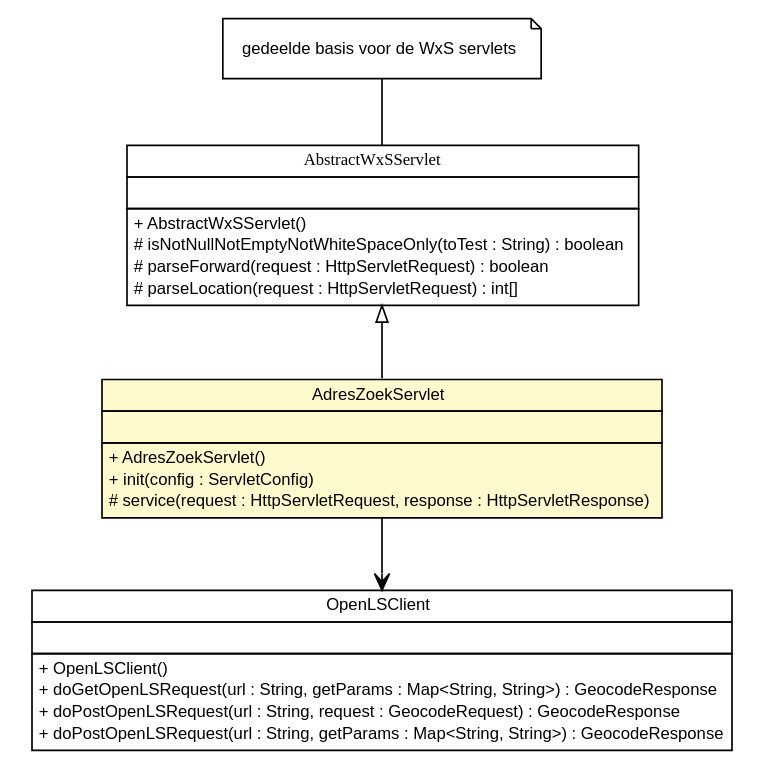
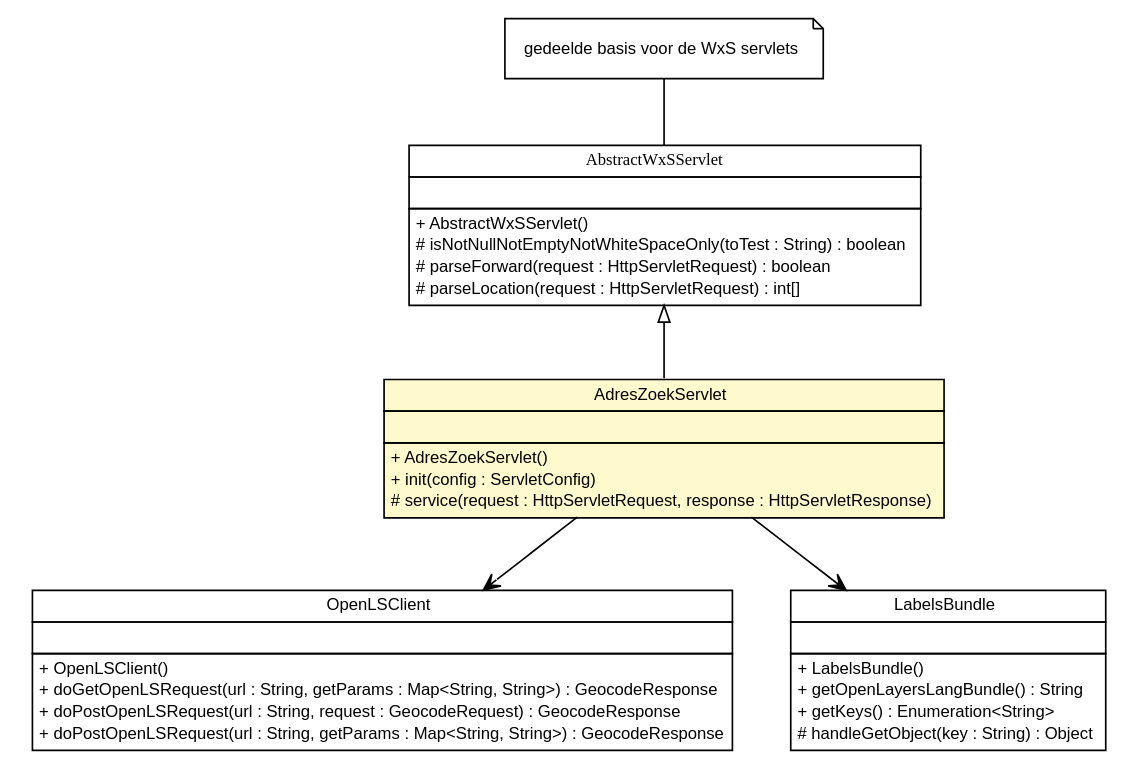
The diagram in apidocs/nl/mineleni/cbsviewer/servlet/gazetteer/AdresZoekServlet.dot (MinELenI/CBSviewer), drawn with Graphviz before and after one commit. The commit also changed 451 other files, not shown here.

```diff
--- a/apidocs/nl/mineleni/cbsviewer/servlet/gazetteer/AdresZoekServlet.dot
+++ b/apidocs/nl/mineleni/cbsviewer/servlet/gazetteer/AdresZoekServlet.dot
@@ -1,67 +1,84 @@
 #!/usr/local/bin/dot
 #
 # Class diagram 
 # Generated by UMLGraph version R5_6 (http://www.umlgraph.org/)
 #
 
 digraph G {
 	edge [fontname="arial",fontsize=10,labelfontname="arial",labelfontsize=10];
 	node [fontname="arial",fontsize=10,shape=plaintext];
 	nodesep=0.25;
 	ranksep=0.5;
 	// nl.mineleni.cbsviewer.servlet.AbstractWxSServlet
 	c777 [label=<<table title="nl.mineleni.cbsviewer.servlet.AbstractWxSServlet" border="0" cellborder="1" cellspacing="0" cellpadding="2" port="p" href="../AbstractWxSServlet.html">
 		<tr><td><table border="0" cellspacing="0" cellpadding="1">
 <tr><td align="center" balign="center"><font face="arial italic"> AbstractWxSServlet </font></td></tr>
 		</table></td></tr>
 		<tr><td><table border="0" cellspacing="0" cellpadding="1">
 <tr><td align="left" balign="left">  </td></tr>
 		</table></td></tr>
 		<tr><td><table border="0" cellspacing="0" cellpadding="1">
 <tr><td align="left" balign="left"> + AbstractWxSServlet() </td></tr>
 <tr><td align="left" balign="left"> # isNotNullNotEmptyNotWhiteSpaceOnly(toTest : String) : boolean </td></tr>
 <tr><td align="left" balign="left"> # parseForward(request : HttpServletRequest) : boolean </td></tr>
 <tr><td align="left" balign="left"> # parseLocation(request : HttpServletRequest) : int[] </td></tr>
 		</table></td></tr>
 		</table>>, URL="../AbstractWxSServlet.html", fontname="arial", fontcolor="black", fontsize=10.0];
 	// Note annotation
 	n0cc777 [label=<<table title="nl.mineleni.cbsviewer.servlet.AbstractWxSServlet" border="0" cellborder="0" cellspacing="0" cellpadding="2" port="p" href="../AbstractWxSServlet.html">
 		<tr><td><table border="0" cellspacing="0" cellpadding="1">
 <tr><td align="left" balign="left"> gedeelde basis voor de WxS servlets </td></tr>
 		</table></td></tr>
 		</table>>, fontname="arial", fontcolor="black", fontsize=10.0, shape=note];
 	n0cc777 -> c777:p[arrowhead=none];
 	// nl.mineleni.cbsviewer.servlet.gazetteer.AdresZoekServlet
 	c779 [label=<<table title="nl.mineleni.cbsviewer.servlet.gazetteer.AdresZoekServlet" border="0" cellborder="1" cellspacing="0" cellpadding="2" port="p" bgcolor="lemonChiffon" href="./AdresZoekServlet.html">
 		<tr><td><table border="0" cellspacing="0" cellpadding="1">
 <tr><td align="center" balign="center"> AdresZoekServlet </td></tr>
 		</table></td></tr>
 		<tr><td><table border="0" cellspacing="0" cellpadding="1">
 <tr><td align="left" balign="left">  </td></tr>
 		</table></td></tr>
 		<tr><td><table border="0" cellspacing="0" cellpadding="1">
 <tr><td align="left" balign="left"> + AdresZoekServlet() </td></tr>
 <tr><td align="left" balign="left"> + init(config : ServletConfig) </td></tr>
 <tr><td align="left" balign="left"> # service(request : HttpServletRequest, response : HttpServletResponse) </td></tr>
 		</table></td></tr>
 		</table>>, URL="./AdresZoekServlet.html", fontname="arial", fontcolor="black", fontsize=10.0];
 	// nl.mineleni.cbsviewer.servlet.gazetteer.lusclient.OpenLSClient
 	c782 [label=<<table title="nl.mineleni.cbsviewer.servlet.gazetteer.lusclient.OpenLSClient" border="0" cellborder="1" cellspacing="0" cellpadding="2" port="p" href="./lusclient/OpenLSClient.html">
 		<tr><td><table border="0" cellspacing="0" cellpadding="1">
 <tr><td align="center" balign="center"> OpenLSClient </td></tr>
 		</table></td></tr>
 		<tr><td><table border="0" cellspacing="0" cellpadding="1">
 <tr><td align="left" balign="left">  </td></tr>
 		</table></td></tr>
 		<tr><td><table border="0" cellspacing="0" cellpadding="1">
 <tr><td align="left" balign="left"> + OpenLSClient() </td></tr>
 <tr><td align="left" balign="left"> + doGetOpenLSRequest(url : String, getParams : Map&lt;String, String&gt;) : GeocodeResponse </td></tr>
 <tr><td align="left" balign="left"> + doPostOpenLSRequest(url : String, request : GeocodeRequest) : GeocodeResponse </td></tr>
 <tr><td align="left" balign="left"> + doPostOpenLSRequest(url : String, getParams : Map&lt;String, String&gt;) : GeocodeResponse </td></tr>
 		</table></td></tr>
 		</table>>, URL="./lusclient/OpenLSClient.html", fontname="arial", fontcolor="black", fontsize=10.0];
+	// nl.mineleni.cbsviewer.util.LabelsBundle
+	c798 [label=<<table title="nl.mineleni.cbsviewer.util.LabelsBundle" border="0" cellborder="1" cellspacing="0" cellpadding="2" port="p" href="../../util/LabelsBundle.html">
+		<tr><td><table border="0" cellspacing="0" cellpadding="1">
+<tr><td align="center" balign="center"> LabelsBundle </td></tr>
+		</table></td></tr>
+		<tr><td><table border="0" cellspacing="0" cellpadding="1">
+<tr><td align="left" balign="left">  </td></tr>
+		</table></td></tr>
+		<tr><td><table border="0" cellspacing="0" cellpadding="1">
+<tr><td align="left" balign="left"> + LabelsBundle() </td></tr>
+<tr><td align="left" balign="left"> + getOpenLayersLangBundle() : String </td></tr>
+<tr><td align="left" balign="left"> + getKeys() : Enumeration&lt;String&gt; </td></tr>
+<tr><td align="left" balign="left"> # handleGetObject(key : String) : Object </td></tr>
+		</table></td></tr>
+		</table>>, URL="../../util/LabelsBundle.html", fontname="arial", fontcolor="black", fontsize=10.0];
 	//nl.mineleni.cbsviewer.servlet.gazetteer.AdresZoekServlet extends nl.mineleni.cbsviewer.servlet.AbstractWxSServlet
 	c777:p -> c779:p [dir=back,arrowtail=empty];
+	// nl.mineleni.cbsviewer.servlet.gazetteer.AdresZoekServlet NAVASSOC nl.mineleni.cbsviewer.util.LabelsBundle
+	c779:p -> c798:p [taillabel="", label="", headlabel="", fontname="arial", fontcolor="black", fontsize=10.0, color="black", arrowhead=open];
 	// nl.mineleni.cbsviewer.servlet.gazetteer.AdresZoekServlet NAVASSOC nl.mineleni.cbsviewer.servlet.gazetteer.lusclient.OpenLSClient
 	c779:p -> c782:p [taillabel="", label="", headlabel="", fontname="arial", fontcolor="black", fontsize=10.0, color="black", arrowhead=open];
 }
```
